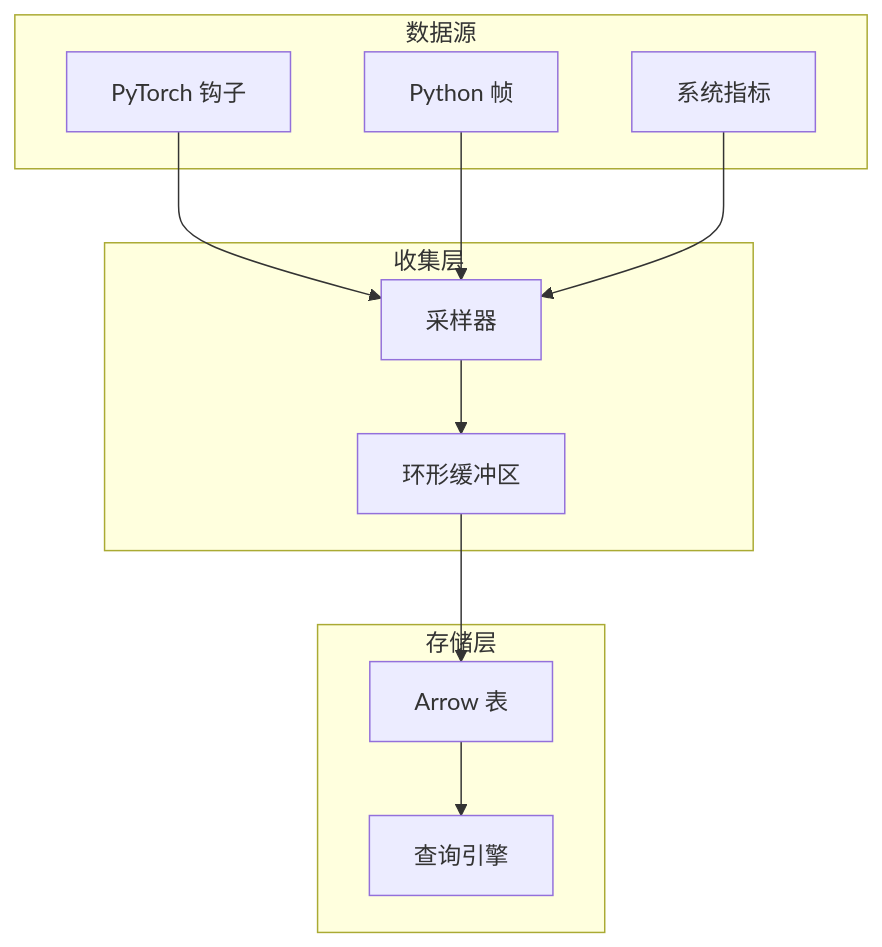
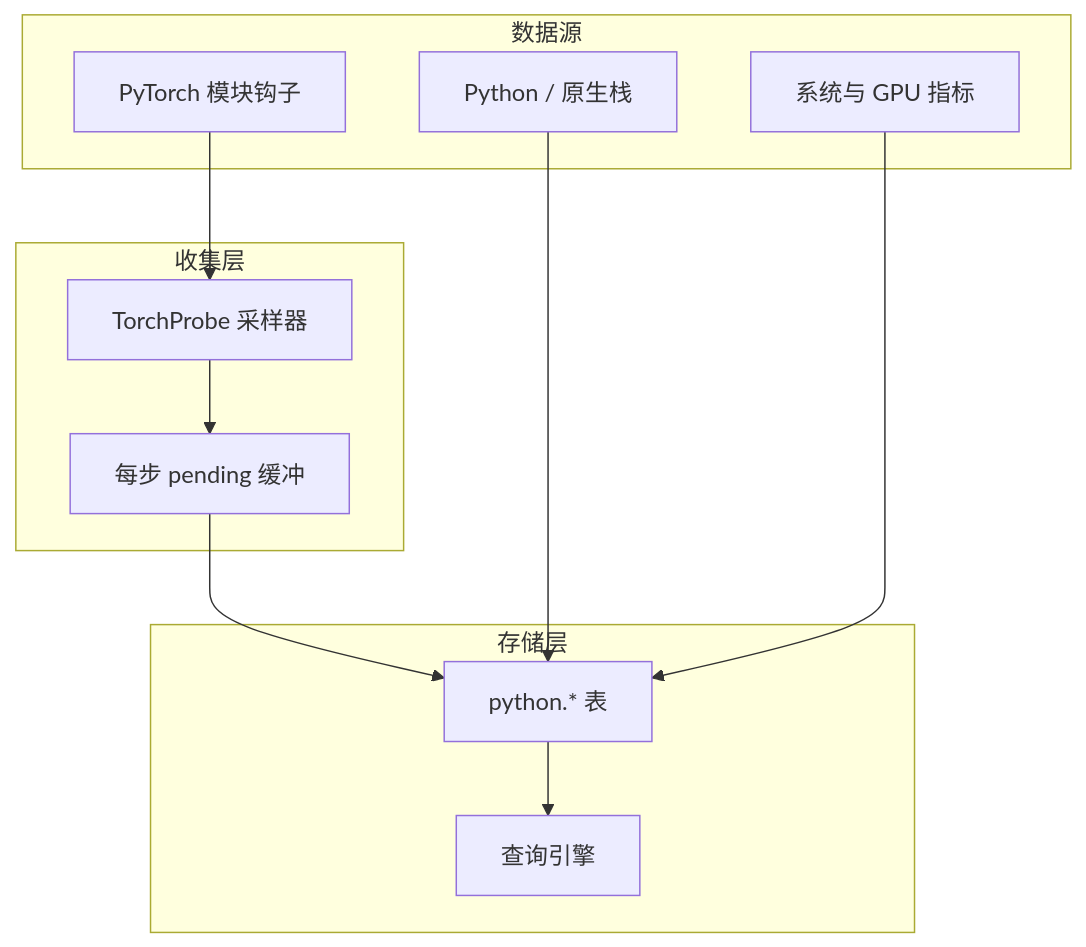
Before and after one commit to DeepLink-org/probing: the diagram in docs/src/design/profiling.zh.md, drawn with Mermaid. The commit also changed other lines of this file and 364 other files, not shown here.

````diff
--- a/docs/src/design/profiling.zh.md
+++ b/docs/src/design/profiling.zh.md
@@ -16,26 +16,25 @@
 ```mermaid
 graph TB
     subgraph "数据源"
-        TORCH[PyTorch 钩子]
-        PYTHON[Python 帧]
-        SYSTEM[系统指标]
+        TORCH[PyTorch 模块钩子]
+        PYTHON[Python / 原生栈]
+        SYSTEM[系统与 GPU 指标]
     end
 
     subgraph "收集层"
-        BUFFER[环形缓冲区]
-        SAMPLER[采样器]
+        SAMPLER[TorchProbe 采样器]
+        PENDING[每步 pending 缓冲]
     end
 
     subgraph "存储层"
-        ARROW[Arrow 表]
+        TABLES[python.* 表]
         QUERY[查询引擎]
     end
 
     TORCH --> SAMPLER
-    PYTHON --> SAMPLER
-    SYSTEM --> SAMPLER
-
-    SAMPLER --> BUFFER
-    BUFFER --> ARROW
-    ARROW --> QUERY
+    SAMPLER --> PENDING
+    PENDING --> TABLES
+    PYTHON --> TABLES
+    SYSTEM --> TABLES
+    TABLES --> QUERY
 ```
````
